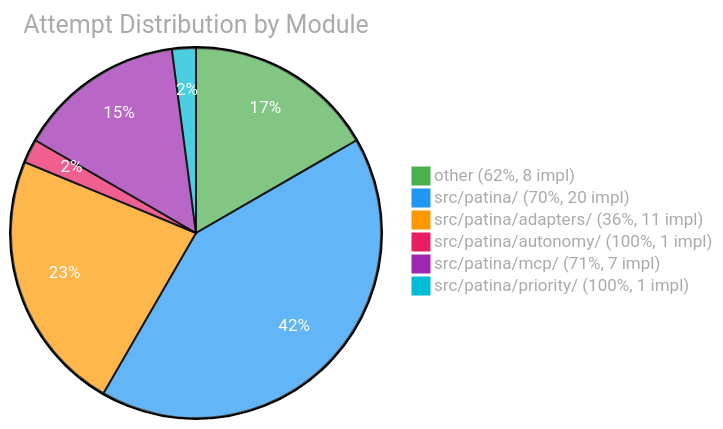
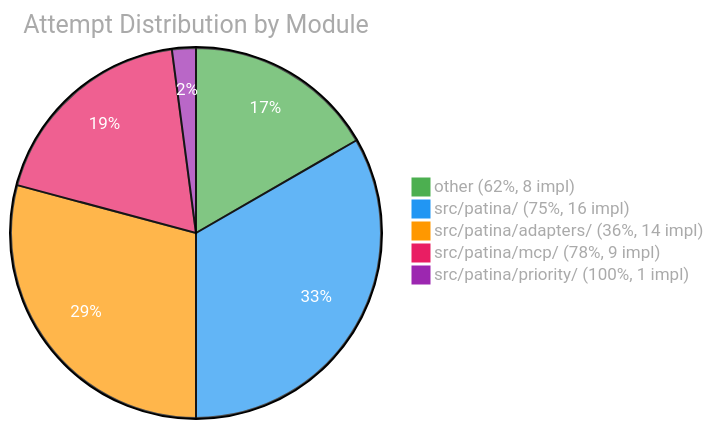
Before and after one commit to Sanctum-Origo-Systems/patina: the third of 3 diagrams in EVAL.md, drawn with Mermaid. The commit also changed other lines of this file, not shown here.

````diff
--- a/EVAL.md
+++ b/EVAL.md
@@ -55,10 +55,9 @@
 ```mermaid
 %%{init: {'theme': 'base', 'themeVariables': {'pie1': '#4CAF50', 'pie2': '#2196F3', 'pie3': '#FF9800', 'pie4': '#E91E63', 'pie5': '#9C27B0', 'pie6': '#00BCD4', 'pieTitleTextColor': '#aaa', 'pieLegendTextColor': '#aaa', 'pieSectionTextColor': '#fff'}}}%%
 pie title Attempt Distribution by Module
     "other (62%, 8 impl)" : 8
-    "src/patina/ (70%, 20 impl)" : 20
-    "src/patina/adapters/ (36%, 11 impl)" : 11
-    "src/patina/autonomy/ (100%, 1 impl)" : 1
-    "src/patina/mcp/ (71%, 7 impl)" : 7
+    "src/patina/ (75%, 16 impl)" : 16
+    "src/patina/adapters/ (36%, 14 impl)" : 14
+    "src/patina/mcp/ (78%, 9 impl)" : 9
     "src/patina/priority/ (100%, 1 impl)" : 1
 ```
````
